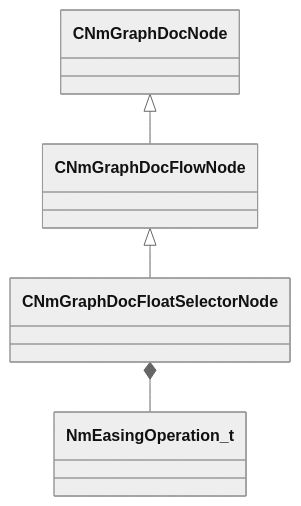
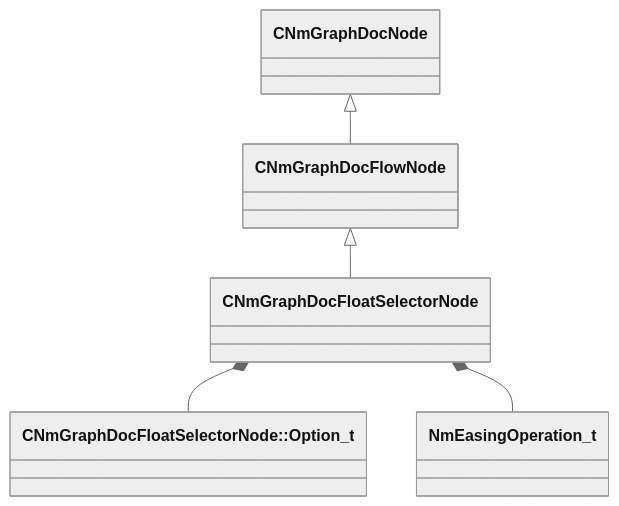
Before and after one commit to CS2OpenDev/CS2OpenDev-Docs: the diagram in docs/generated/schemas/animdoclib/CNmGraphDocFloatSelectorNode.md, drawn with Mermaid (neutral theme). The commit also changed other lines of this file and 4525 other files, not shown here.

````diff
--- a/docs/generated/schemas/animdoclib/CNmGraphDocFloatSelectorNode.md
+++ b/docs/generated/schemas/animdoclib/CNmGraphDocFloatSelectorNode.md
@@ -17,6 +19,7 @@
 ```mermaid
 classDiagram
     CNmGraphDocFlowNode <|-- CNmGraphDocFloatSelectorNode
     CNmGraphDocNode <|-- CNmGraphDocFlowNode
+    CNmGraphDocFloatSelectorNode *-- `CNmGraphDocFloatSelectorNode::Option_t`
     CNmGraphDocFloatSelectorNode *-- NmEasingOperation_t
 ```
````
